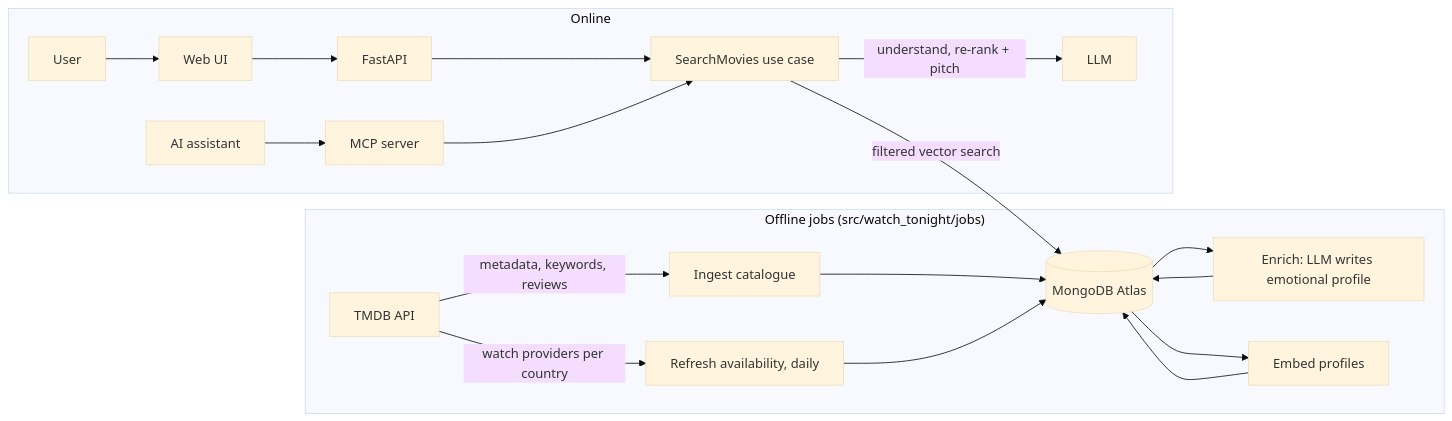
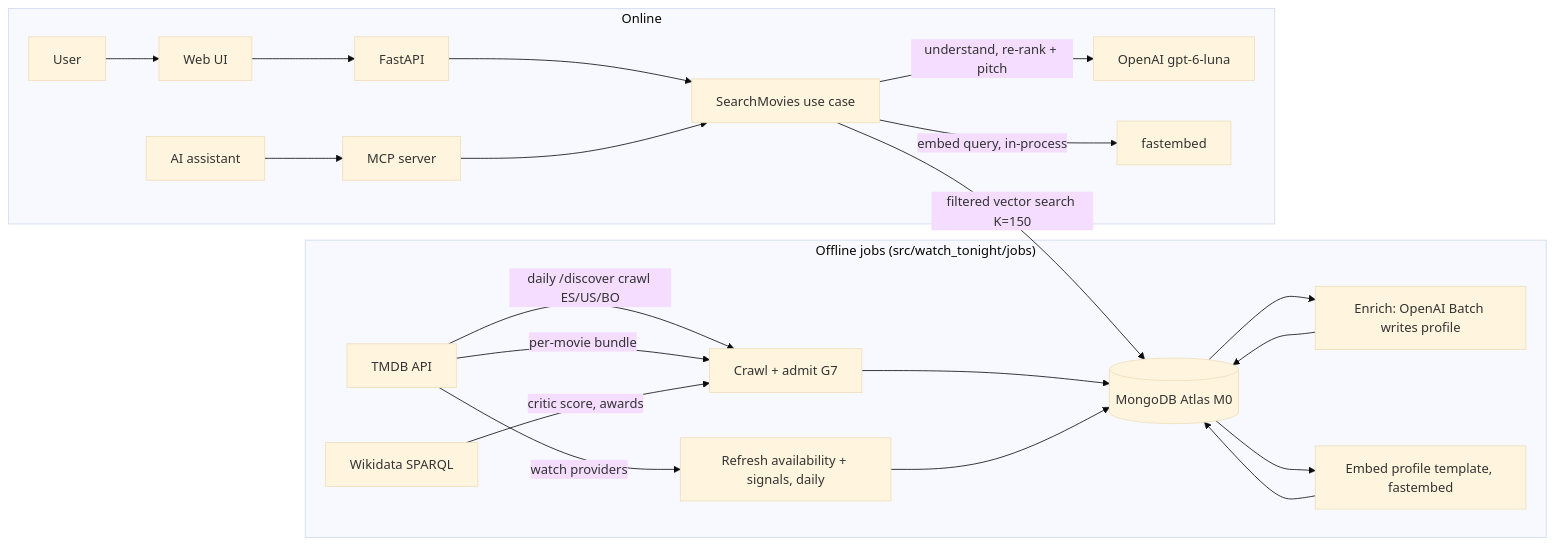
The diagram in docs/architecture.md (serjaou/watch-tonight), drawn with Mermaid (base theme) before and after one commit. The commit also changed other lines of this file and 16 other files, not shown here.

First line of the commit message:
chore: architecture v1, ADRs 0005-0008 and MVP backlog slicing (feat-012)

````diff
--- a/docs/architecture.md
+++ b/docs/architecture.md
@@ -10,22 +13,25 @@
 ```mermaid
 flowchart LR
   subgraph Offline["Offline jobs (src/watch_tonight/jobs)"]
-    T[TMDB API] -->|metadata, keywords, reviews| I[Ingest catalogue]
-    T -->|watch providers per country| R[Refresh availability, daily]
-    I --> DB[(MongoDB Atlas)]
+    T[TMDB API] -->|daily /discover crawl ES/US/BO| C[Crawl + admit G7]
+    T -->|per-movie bundle| C
+    T -->|watch providers| R[Refresh availability + signals, daily]
+    WD[Wikidata SPARQL] -->|critic score, awards| C
+    C --> DB[(MongoDB Atlas M0)]
     R --> DB
-    DB --> E[Enrich: LLM writes emotional profile]
+    DB --> E[Enrich: OpenAI Batch writes profile]
     E --> DB
-    DB --> M[Embed profiles]
+    DB --> M[Embed profile template, fastembed]
     M --> DB
   end
   subgraph Online
     U[User] --> W[Web UI]
     W --> API[FastAPI]
     A[AI assistant] --> MCP[MCP server]
     API --> S[SearchMovies use case]
     MCP --> S
-    S -->|understand, re-rank + pitch| L[LLM]
-    S -->|filtered vector search| DB
+    S -->|understand, re-rank + pitch| L[OpenAI gpt-6-luna]
+    S -->|embed query, in-process| EM[fastembed]
+    S -->|filtered vector search K=150| DB
   end
 ```
````
